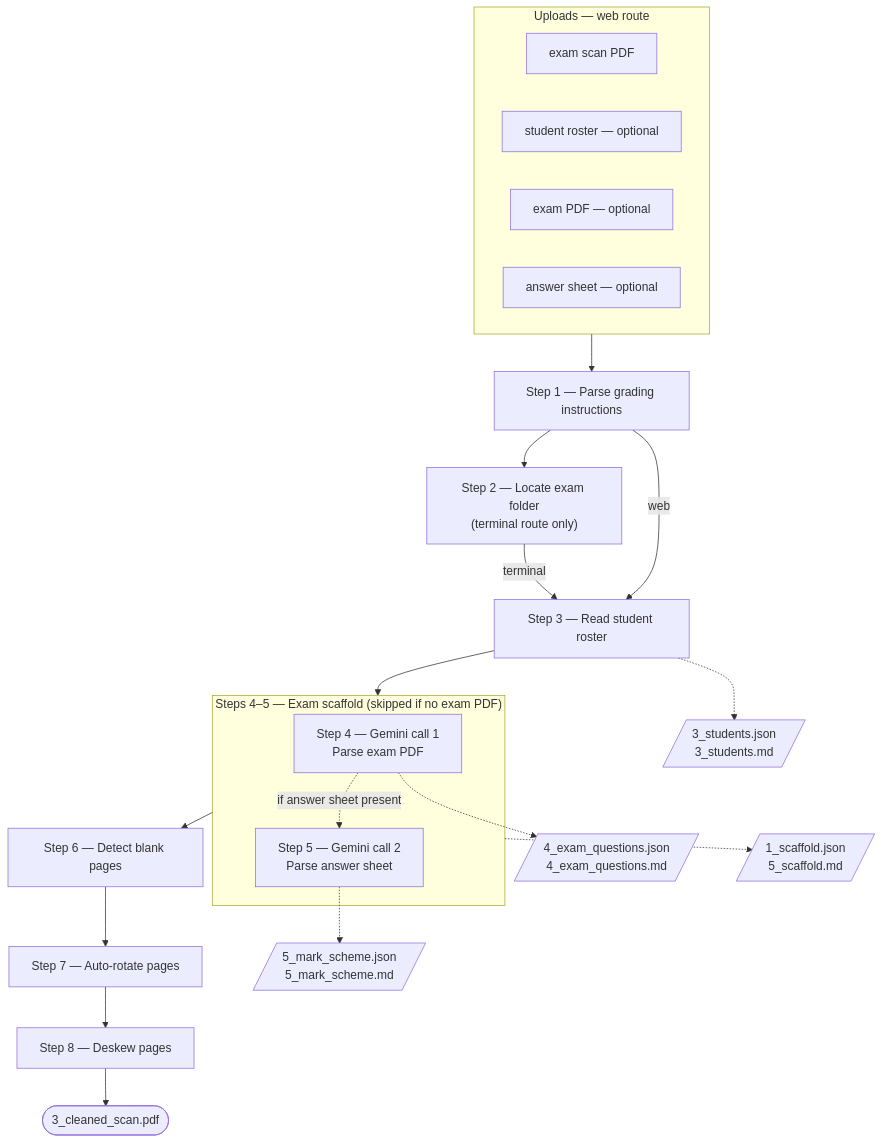
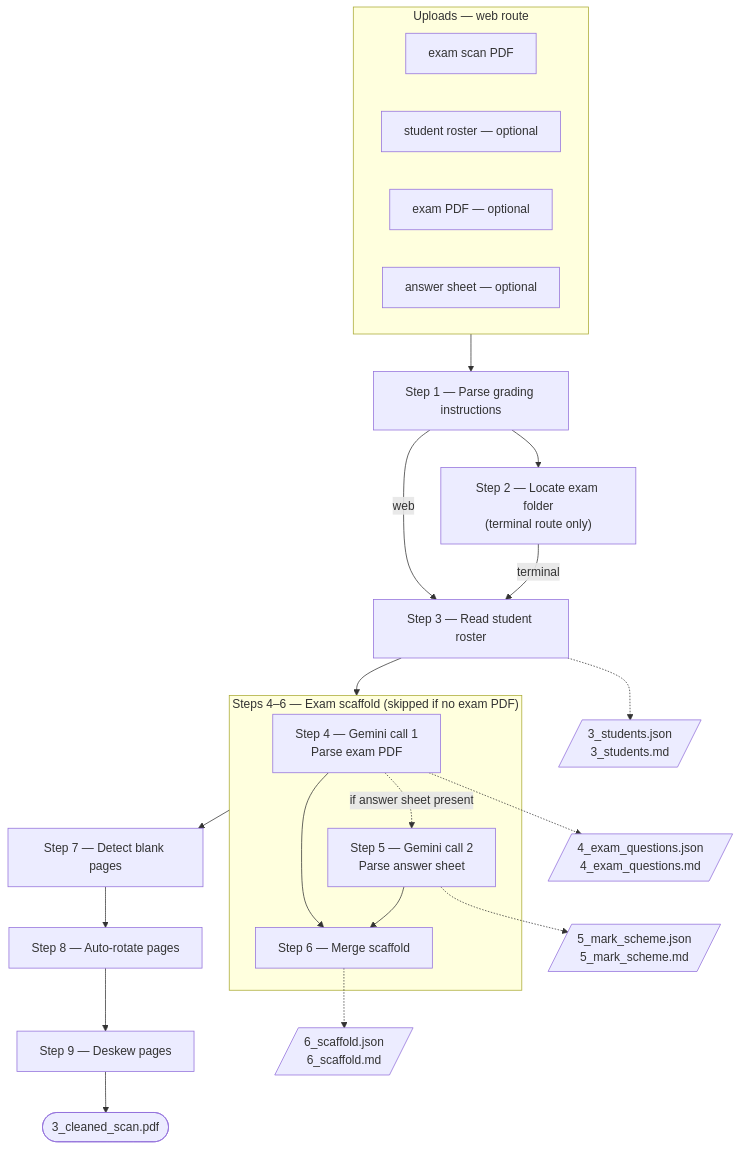
Before and after one commit to JoschkaKoen/IGCSE-Exercise-Sheet-Generator-1: the second of 2 diagrams in README.md, drawn with Mermaid. The commit also changed other lines of this file and 7 other files, not shown here.

Commit message:
xScore: nine-step pipeline with merge as step 6; 6_scaffold.json/md; scan phases 7–9. Scaffold: on_scheme_complete before merge; legacy cache lookup. README diagram; site header IGCSE & A-Level.

````diff
--- a/README.md
+++ b/README.md
@@ -83,41 +83,44 @@
 ```mermaid
 flowchart TD
     subgraph uploads [Uploads — web route]
         direction LR
         u1[exam scan PDF]
         u2[student roster — optional]
         u3[exam PDF — optional]
         u4[answer sheet — optional]
     end
 
     s1[Step 1 — Parse grading instructions]
     s2["Step 2 — Locate exam folder\n(terminal route only)"]
     s3[Step 3 — Read student roster]
 
-    subgraph scaffold ["Steps 4–5 — Exam scaffold  (skipped if no exam PDF)"]
+    subgraph scaffold ["Steps 4–6 — Exam scaffold  (skipped if no exam PDF)"]
         s4["Step 4 — Gemini call 1\nParse exam PDF"]
         s5["Step 5 — Gemini call 2\nParse answer sheet"]
+        s6[Step 6 — Merge scaffold]
         s4 -.->|"if answer sheet present"| s5
+        s5 --> s6
+        s4 --> s6
     end
 
-    s6[Step 6 — Detect blank pages]
-    s7[Step 7 — Auto-rotate pages]
-    s8[Step 8 — Deskew pages]
+    s7[Step 7 — Detect blank pages]
+    s8[Step 8 — Auto-rotate pages]
+    s9[Step 9 — Deskew pages]
 
     f3[/"3_students.json\n3_students.md"/]
     f4[/"4_exam_questions.json\n4_exam_questions.md"/]
     f5[/"5_mark_scheme.json\n5_mark_scheme.md"/]
-    fmerge[/"1_scaffold.json\n5_scaffold.md"/]
+    fmerge[/"6_scaffold.json\n6_scaffold.md"/]
     out([3_cleaned_scan.pdf])
 
     uploads --> s1
     s1 --> s2
     s2 -->|terminal| s3
     s1 -->|web| s3
-    s3 --> scaffold --> s6 --> s7 --> s8 --> out
+    s3 --> scaffold --> s7 --> s8 --> s9 --> out
 
     s3 -.-> f3
     s4 -.-> f4
     s5 -.-> f5
-    scaffold -.-> fmerge
+    s6 -.-> fmerge
 ```
````
